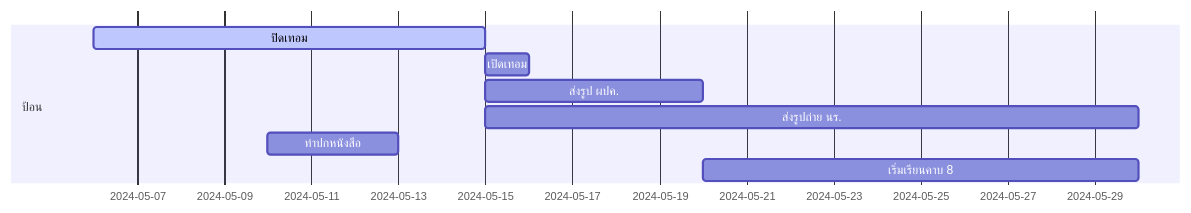
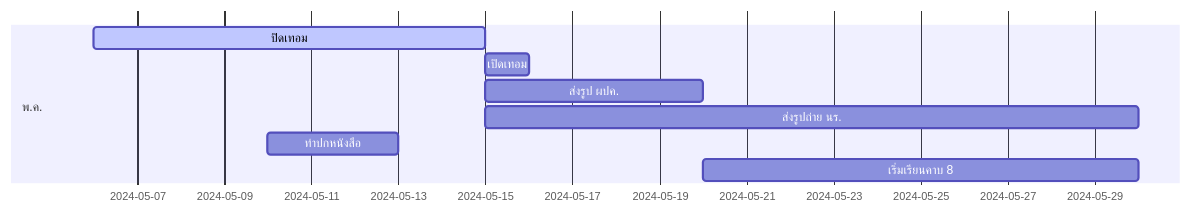
The first of 2 diagrams in README.md (Kietpawpan/p4), drawn with Mermaid before and after one commit. The commit also changed other lines of this file, not shown here.

````diff
--- a/README.md
+++ b/README.md
@@ -3,10 +3,10 @@
 ```mermaid
 gantt
-    section ป้อน
+    section พ.ค.
     ปิดเทอม :active,    des1, 2024-05-06, 9d
     เปิดเทอม :  des2, after des1, 1d
     ส่งรูป ผปค. :  des3, after des1, 5d
     ส่งรูปถ่าย นร.  :  des4, after des1, 15d
     ทำปกหนังสือ  :  des5, 2024-05-10, 3d
     เริ่มเรียนคาบ 8 :  des6, 2024-05-20, 10d
 ```
````
